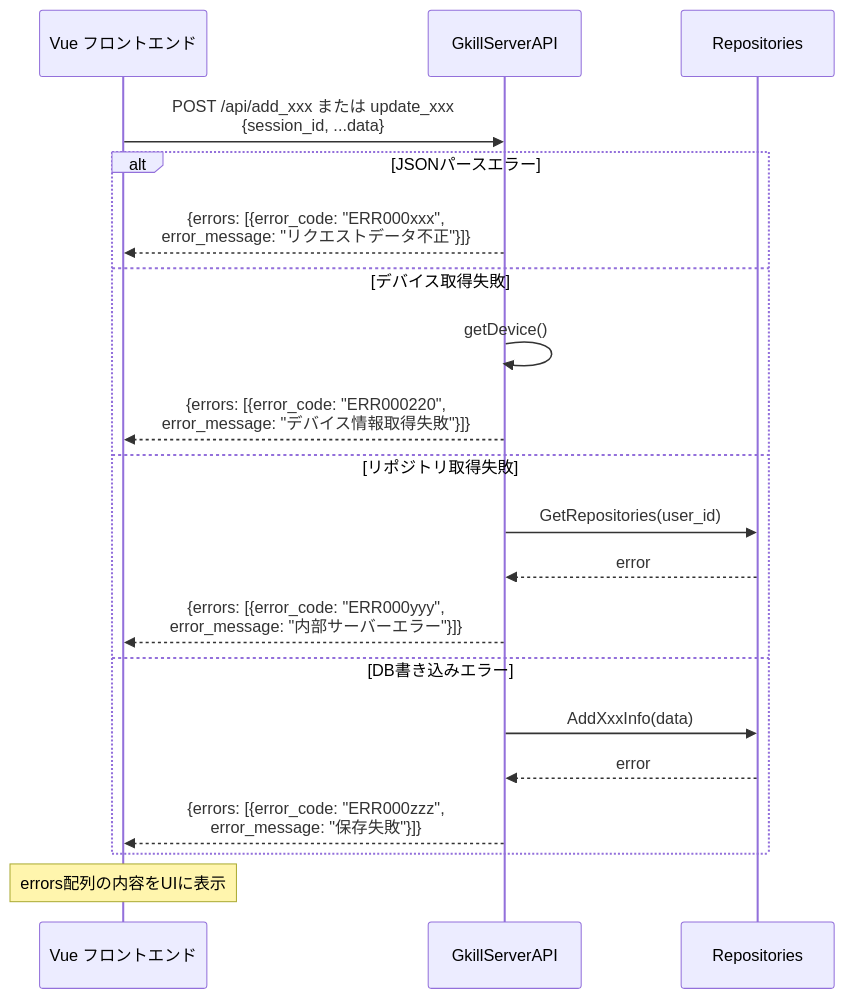
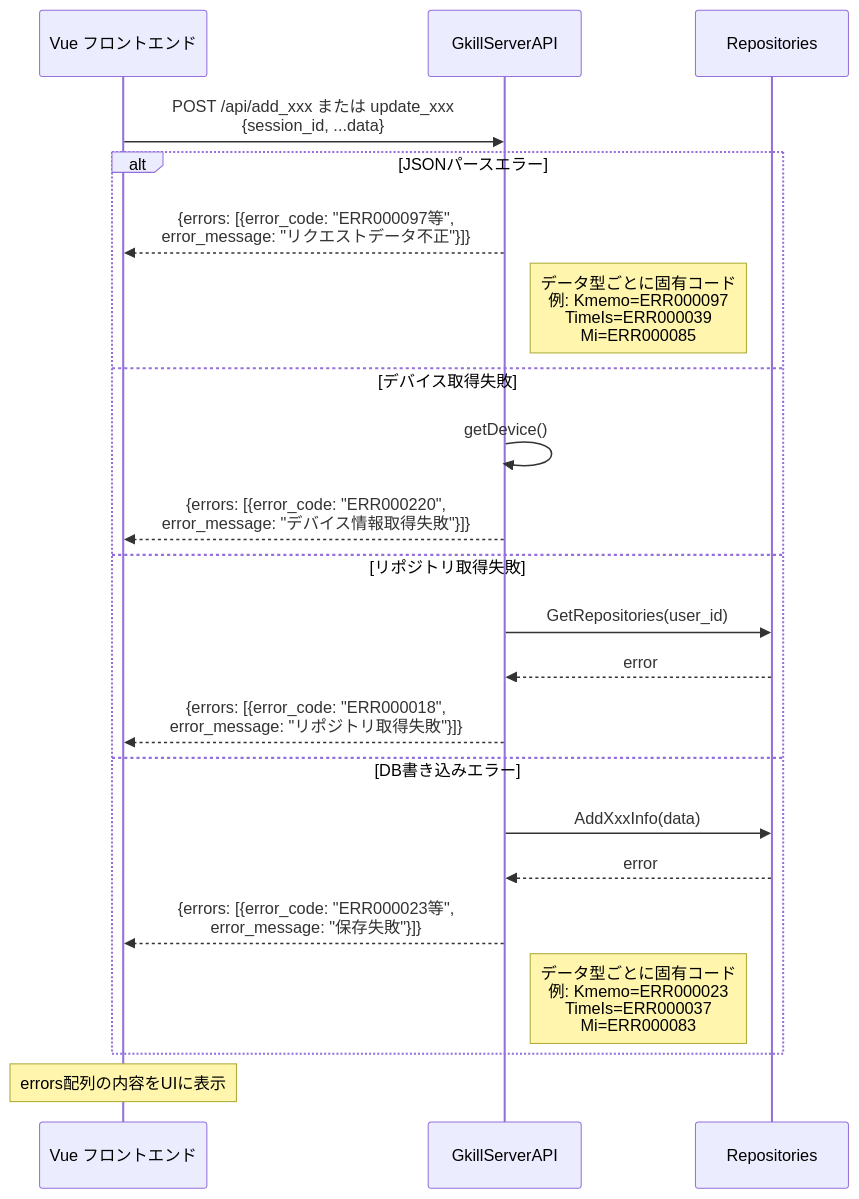
One commit to mt3hr/gkill changed diagram 20 of 22 in documents/reverse/sequence-diagrams.md. Above: the diagram before and after it, drawn with Mermaid. The commit also changed other lines of this file and 24 other files, not shown here.

````diff
--- a/documents/reverse/sequence-diagrams.md
+++ b/documents/reverse/sequence-diagrams.md
@@ -506,25 +577,27 @@
 ```mermaid
 sequenceDiagram
     participant UI as Vue フロントエンド
     participant API as GkillServerAPI
     participant Reps as Repositories
 
     UI->>API: POST /api/add_xxx または update_xxx<br>{session_id, ...data}
 
     alt JSONパースエラー
-        API-->>UI: {errors: [{error_code: "ERR000xxx",<br>error_message: "リクエストデータ不正"}]}
+        API-->>UI: {errors: [{error_code: "ERR000097等",<br>error_message: "リクエストデータ不正"}]}
+        Note right of API: データ型ごとに固有コード<br>例: Kmemo=ERR000097<br>TimeIs=ERR000039<br>Mi=ERR000085
     else デバイス取得失敗
         API->>API: getDevice()
         API-->>UI: {errors: [{error_code: "ERR000220",<br>error_message: "デバイス情報取得失敗"}]}
     else リポジトリ取得失敗
         API->>Reps: GetRepositories(user_id)
         Reps-->>API: error
-        API-->>UI: {errors: [{error_code: "ERR000yyy",<br>error_message: "内部サーバーエラー"}]}
+        API-->>UI: {errors: [{error_code: "ERR000018",<br>error_message: "リポジトリ取得失敗"}]}
     else DB書き込みエラー
         API->>Reps: AddXxxInfo(data)
         Reps-->>API: error
-        API-->>UI: {errors: [{error_code: "ERR000zzz",<br>error_message: "保存失敗"}]}
+        API-->>UI: {errors: [{error_code: "ERR000023等",<br>error_message: "保存失敗"}]}
+        Note right of API: データ型ごとに固有コード<br>例: Kmemo=ERR000023<br>TimeIs=ERR000037<br>Mi=ERR000083
     end
 
     Note over UI: errors配列の内容をUIに表示
 ```
````
